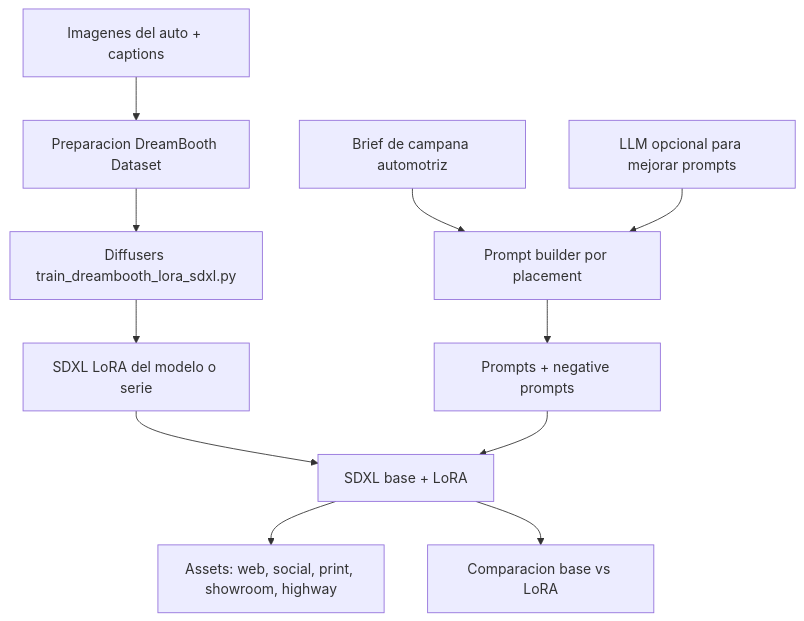
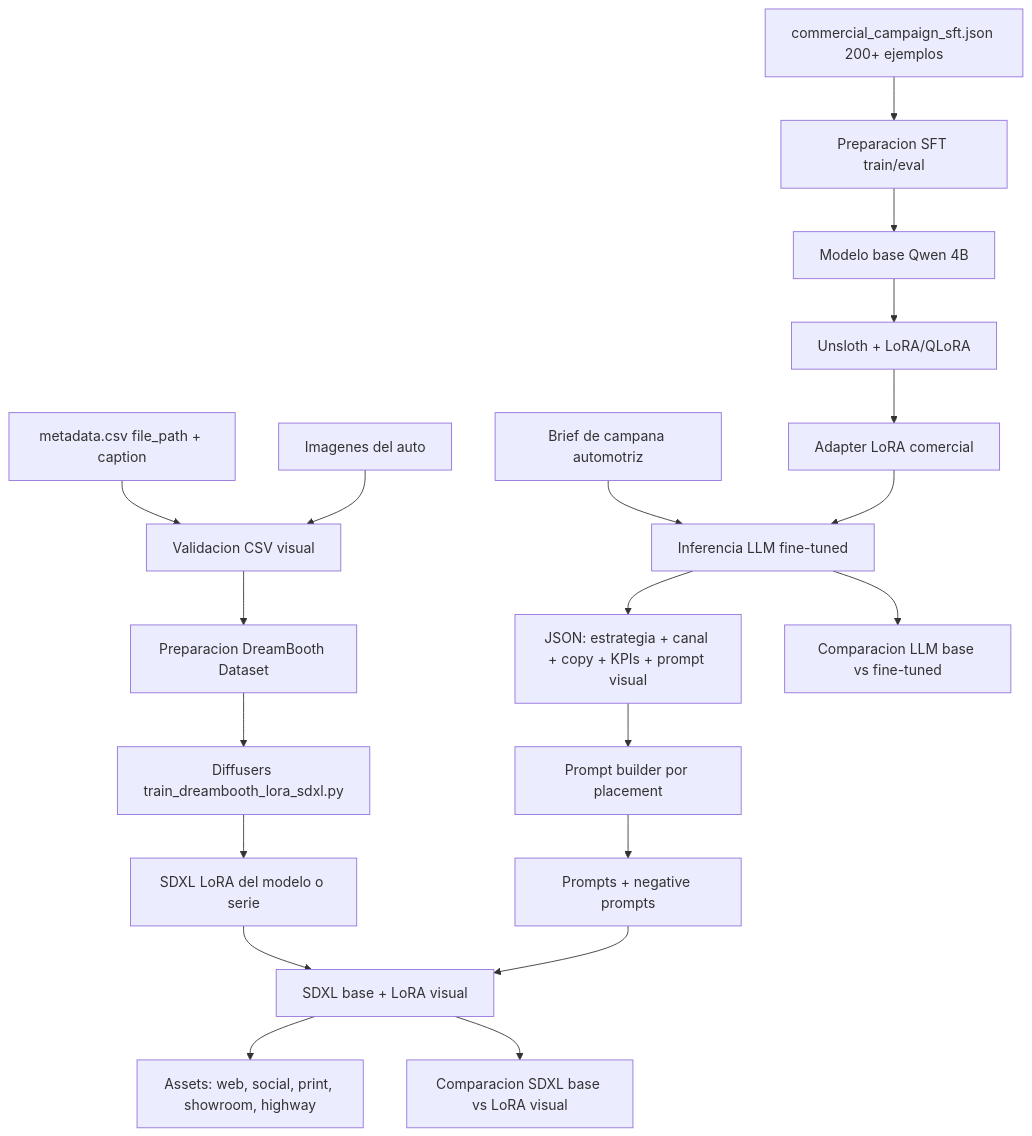
Before and after one commit to PedroMM98/dmc-tp3-gen-multimodal: the diagram in docs/demo_architecture.md, drawn with Mermaid. The commit also changed other lines of this file and 8 other files, not shown here.

````diff
--- a/docs/demo_architecture.md
+++ b/docs/demo_architecture.md
@@ -5,13 +5,22 @@
 ```mermaid
 flowchart TD
-    A[Imagenes del auto + captions] --> B[Preparacion DreamBooth Dataset]
-    B --> C[Diffusers train_dreambooth_lora_sdxl.py]
-    C --> D[SDXL LoRA del modelo o serie]
-    E[Brief de campana automotriz] --> F[Prompt builder por placement]
-    G[LLM opcional para mejorar prompts] --> F
-    F --> H[Prompts + negative prompts]
-    D --> I[SDXL base + LoRA]
-    H --> I
-    I --> J[Assets: web, social, print, showroom, highway]
-    I --> K[Comparacion base vs LoRA]
+    A[commercial_campaign_sft.json 200+ ejemplos] --> B[Preparacion SFT train/eval]
+    B --> C[Modelo base Qwen 4B]
+    C --> D[Unsloth + LoRA/QLoRA]
+    D --> E[Adapter LoRA comercial]
+    F[Brief de campana automotriz] --> G[Inferencia LLM fine-tuned]
+    E --> G
+    G --> H[JSON: estrategia + canal + copy + KPIs + prompt visual]
+    I[metadata.csv file_path + caption] --> J[Validacion CSV visual]
+    K[Imagenes del auto] --> J
+    J --> L[Preparacion DreamBooth Dataset]
+    L --> M[Diffusers train_dreambooth_lora_sdxl.py]
+    M --> N[SDXL LoRA del modelo o serie]
+    H --> O[Prompt builder por placement]
+    O --> P[Prompts + negative prompts]
+    N --> Q[SDXL base + LoRA visual]
+    P --> Q
+    Q --> R[Assets: web, social, print, showroom, highway]
+    G --> S[Comparacion LLM base vs fine-tuned]
+    Q --> T[Comparacion SDXL base vs LoRA visual]
 ```
````
